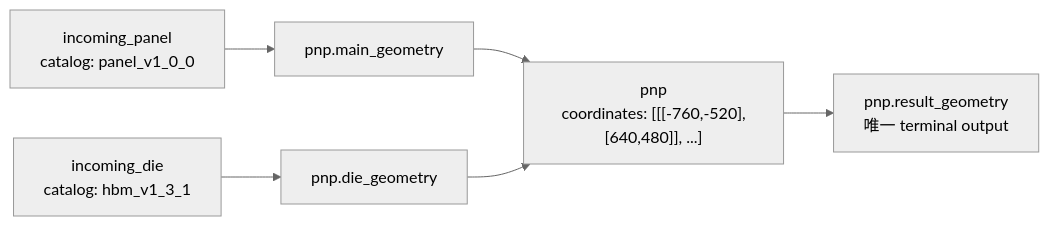
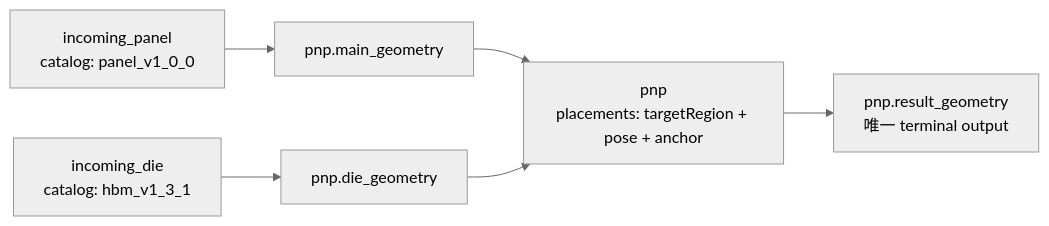
One commit to henry861010/process_flow_v2 changed the second of 6 diagrams in docs/data-model.md. Above: the diagram before and after it, drawn with Mermaid (neutral theme). The commit also changed other lines of this file and 41 other files, not shown here.

````diff
--- a/docs/data-model.md
+++ b/docs/data-model.md
@@ -118,8 +118,8 @@
 ```mermaid
 flowchart LR
   Panel["incoming_panel<br/>catalog: panel_v1_0_0"] --> Main["pnp.main_geometry"]
   Die["incoming_die<br/>catalog: hbm_v1_3_1"] --> Aux["pnp.die_geometry"]
-  Main --> PnP["pnp<br/>coordinates: [[[-760,-520],[640,480]], ...]"]
+  Main --> PnP["pnp<br/>placements: targetRegion + pose + anchor"]
   Aux --> PnP
   PnP --> Result["pnp.result_geometry<br/>唯一 terminal output"]
 ```
````
